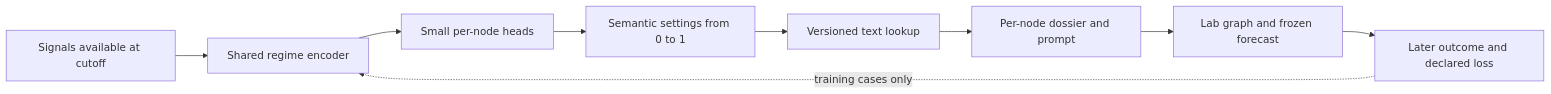
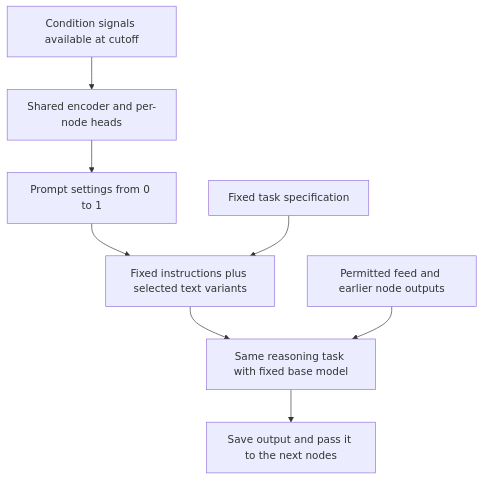
The diagram in docs/research-direction.md (wcook04/plectis-zenith), drawn with Mermaid before and after one commit. The commit also changed other lines of this file and 3 other files, not shown here.

Commit message:
Ground Zenith paper in prompt-optimisation literature and clarify diagrams

````diff
--- a/docs/research-direction.md
+++ b/docs/research-direction.md
@@ -139,11 +176,10 @@
 ```mermaid
-flowchart LR
-    S[Signals available at cutoff] --> C[Shared regime encoder]
-    C --> H[Small per-node heads]
-    H --> W[Semantic settings from 0 to 1]
-    W --> R[Versioned text lookup]
-    R --> P[Per-node dossier and prompt]
-    P --> G[Lab graph and frozen forecast]
-    G --> L[Later outcome and declared loss]
-    L -. training cases only .-> C
+flowchart TD
+    S[Condition signals available at cutoff] --> C[Shared encoder and per-node heads]
+    C --> W[Prompt settings from 0 to 1]
+    W --> P[Fixed instructions plus selected text variants]
+    F[Fixed task specification] --> P
+    P --> N[Same reasoning task with fixed base model]
+    I[Permitted feed and earlier node outputs] --> N
+    N --> O[Save output and pass it to the next nodes]
 ```
````
